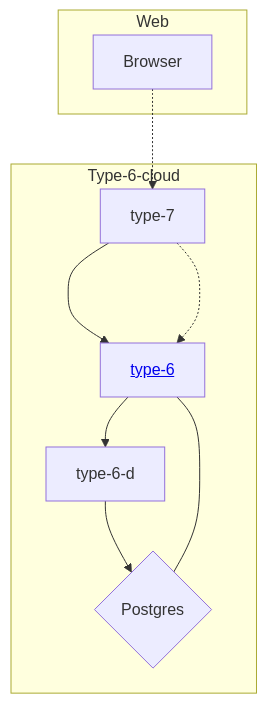
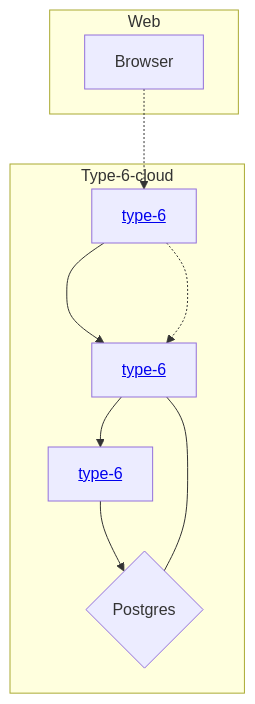
One commit to timattt/TypeSixCloud changed the diagram in Readme.md. Above: the diagram before and after it, drawn with Mermaid.

````diff
--- a/Readme.md
+++ b/Readme.md
@@ -7,13 +7,13 @@
 ```mermaid
 graph TD;
  subgraph Type-6-cloud
-    type-6[<a href='http://google.com'>type-6</a>] --> type-6-d;
-    type-7 ---> type-6;
+    type-6[<a href='https://github.com/timattt/TypeSix'>type-6</a>] --> type-6-d;
+    type-7[<a href='https://github.com/timattt/TypeSeven'>type-6</a>] ---> type-6;
     type-7 -.-> type-6;
     di{Postgres} --- type-6;
-    type-6-d --> di{Postgres};
+    type-6-d[<a href='https://github.com/timattt/TypeSixD'>type-6</a>] --> di{Postgres};
  end
  subgraph Web
    Browser -.-> type-7
  end
 ```
````
